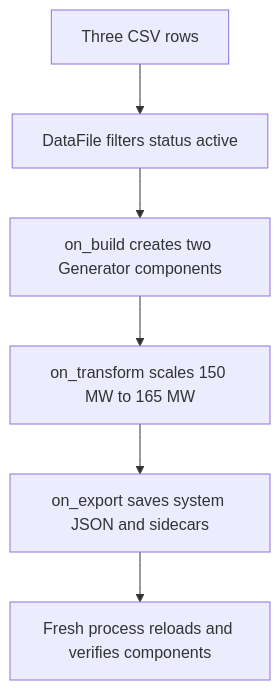
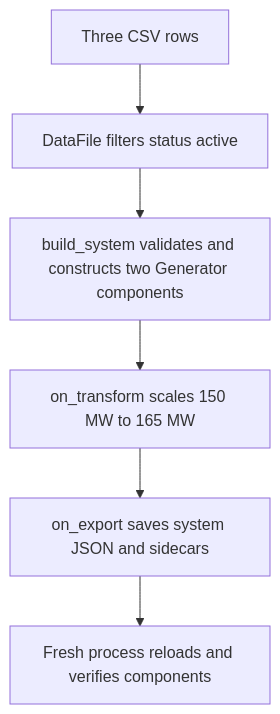
Before and after one commit to NatLabRockies/r2x-core: the diagram in docs/src/content/docs/tutorials/getting-started.md, drawn with Mermaid. The commit also changed other lines of this file and 79 other files, not shown here.

````diff
--- a/docs/src/content/docs/tutorials/getting-started.md
+++ b/docs/src/content/docs/tutorials/getting-started.md
@@ -12,8 +12,8 @@
 ```mermaid
 flowchart TD
   CSV[Three CSV rows] --> Filter[DataFile filters status active]
-  Filter --> Build[on_build creates two Generator components]
+  Filter --> Build[build_system validates and constructs two Generator components]
   Build --> Scale[on_transform scales 150 MW to 165 MW]
   Scale --> Export[on_export saves system JSON and sidecars]
   Export --> Reload[Fresh process reloads and verifies components]
 ```
````
